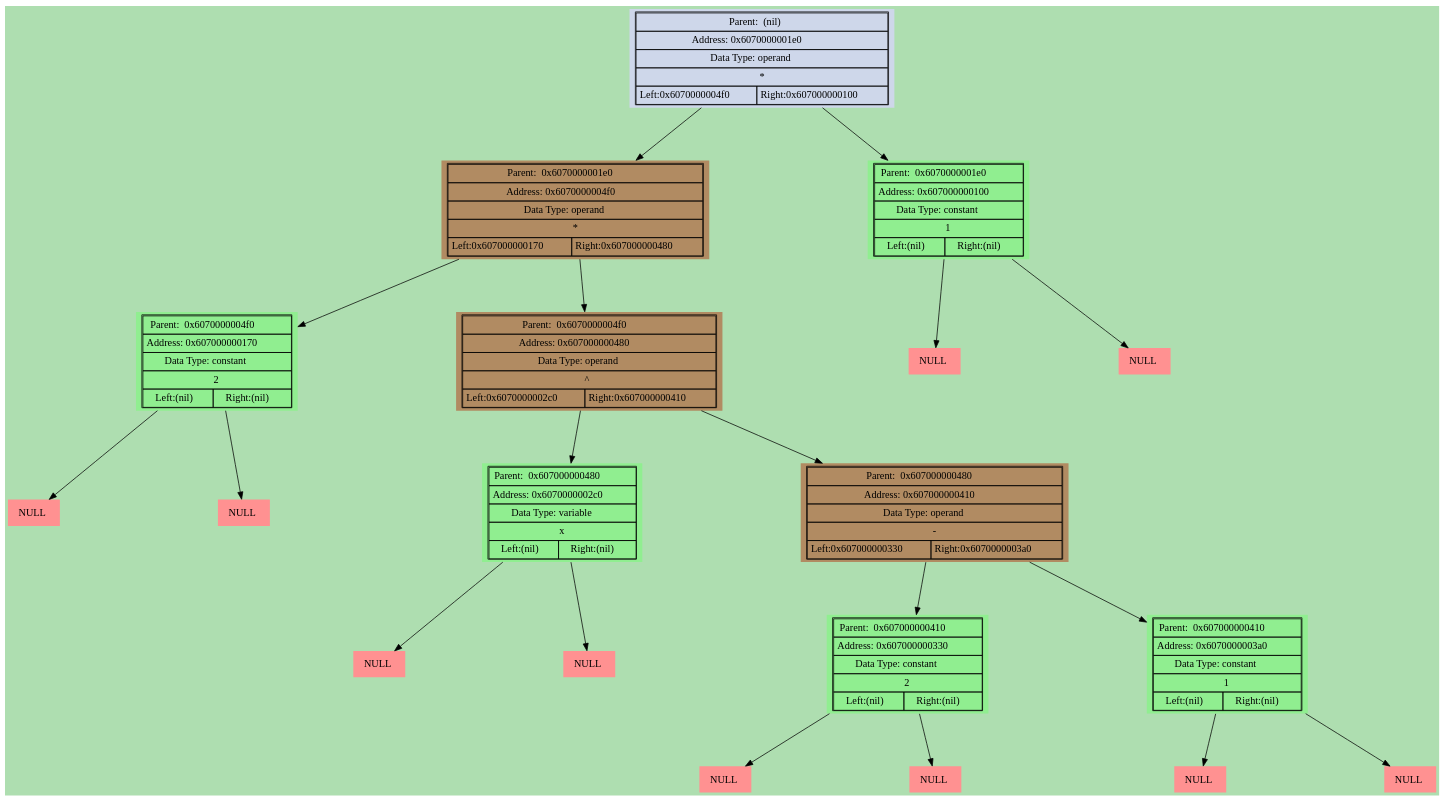
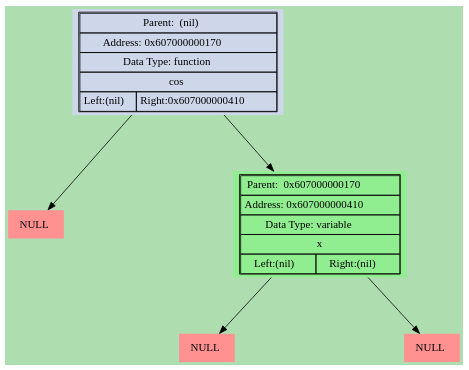
The diagram in dumps/graphic_dump.dot (bgclutch/differentiator_ded), drawn with Graphviz before and after one commit. The commit also changed 11 other files, not shown here.

```diff
--- a/dumps/graphic_dump.dot
+++ b/dumps/graphic_dump.dot
@@ -1,142 +1,44 @@
 digraph LIST{
 harset = "UTF-8";
 node [shape=plaintext];
 bgcolor = "#0000aa";
 fontcolor = black;
 fontsize = 18;
 style = "italic";
 margin = 1;
 ranksep = 1;
 nodesep = 3;
 bgcolor = "#aedeb0";
-"0x6070000004f0" [style = "filled", fillcolor = "#b18b62",label=<
-<table border="1" cellspacing="0" cellpadding="4">
-<tr><td colspan="2">Parent:  0x6070000001e0</td></tr>
-<tr><td colspan="2">Address: 0x6070000004f0</td></tr>
-<tr><td colspan="2">Data Type: operand</td></tr>
-<tr><td colspan="2">*</td></tr>
-<tr><td align = "center" >Left:0x607000000170</td><td align = "center" >Right:0x607000000480</td></tr></table>>];
-
-"0x6070000001e0" -> "0x6070000004f0";
-"0x607000000170" [style = "filled", fillcolor = "lightgreen",label=<
-<table border="1" cellspacing="0" cellpadding="4">
-<tr><td colspan="2">Parent:  0x6070000004f0</td></tr>
-<tr><td colspan="2">Address: 0x607000000170</td></tr>
-<tr><td colspan="2">Data Type: constant</td></tr>
-<tr><td colspan="2">2</td></tr>
-<tr><td align = "center" >Left:(nil)</td><td align = "center" >Right:(nil)</td></tr></table>>];
-
-"0x6070000004f0" -> "0x607000000170";
-"0x607000000170" -> "0x6070000001a8";
 "0x6070000001a8" [style = "filled", fillcolor = "#ff9191", label=<
 <table border = "0" cellspacing="2" cellpadding="4">
 <tr><td>NULL</td></tr></table>>];
 
-"0x607000000170" -> "0x6070000001b0";
-"0x6070000001b0" [style = "filled", fillcolor = "#ff9191", label=<
-<table border = "0" cellspacing="2" cellpadding="4">
-<tr><td>NULL</td></tr></table>>];
-
-"0x607000000480" [style = "filled", fillcolor = "#b18b62",label=<
+"0x607000000170" -> "0x6070000001a8";
+"0x607000000410" [style = "filled", fillcolor = "lightgreen",label=<
 <table border="1" cellspacing="0" cellpadding="4">
-<tr><td colspan="2">Parent:  0x6070000004f0</td></tr>
-<tr><td colspan="2">Address: 0x607000000480</td></tr>
-<tr><td colspan="2">Data Type: operand</td></tr>
-<tr><td colspan="2">^</td></tr>
-<tr><td align = "center" >Left:0x6070000002c0</td><td align = "center" >Right:0x607000000410</td></tr></table>>];
-
-"0x6070000004f0" -> "0x607000000480";
-"0x6070000002c0" [style = "filled", fillcolor = "lightgreen",label=<
-<table border="1" cellspacing="0" cellpadding="4">
-<tr><td colspan="2">Parent:  0x607000000480</td></tr>
-<tr><td colspan="2">Address: 0x6070000002c0</td></tr>
+<tr><td colspan="2">Parent:  0x607000000170</td></tr>
+<tr><td colspan="2">Address: 0x607000000410</td></tr>
 <tr><td colspan="2">Data Type: variable</td></tr>
 <tr><td colspan="2">x</td></tr>
 <tr><td align = "center" >Left:(nil)</td><td align = "center" >Right:(nil)</td></tr></table>>];
 
-"0x607000000480" -> "0x6070000002c0";
-"0x6070000002c0" -> "0x6070000002f8";
-"0x6070000002f8" [style = "filled", fillcolor = "#ff9191", label=<
+"0x607000000170" -> "0x607000000410";
+"0x607000000410" -> "0x607000000448";
+"0x607000000448" [style = "filled", fillcolor = "#ff9191", label=<
 <table border = "0" cellspacing="2" cellpadding="4">
 <tr><td>NULL</td></tr></table>>];
 
-"0x6070000002c0" -> "0x607000000300";
-"0x607000000300" [style = "filled", fillcolor = "#ff9191", label=<
+"0x607000000410" -> "0x607000000450";
+"0x607000000450" [style = "filled", fillcolor = "#ff9191", label=<
 <table border = "0" cellspacing="2" cellpadding="4">
 <tr><td>NULL</td></tr></table>>];
 
-"0x607000000410" [style = "filled", fillcolor = "#b18b62",label=<
-<table border="1" cellspacing="0" cellpadding="4">
-<tr><td colspan="2">Parent:  0x607000000480</td></tr>
-<tr><td colspan="2">Address: 0x607000000410</td></tr>
-<tr><td colspan="2">Data Type: operand</td></tr>
-<tr><td colspan="2">-</td></tr>
-<tr><td align = "center" >Left:0x607000000330</td><td align = "center" >Right:0x6070000003a0</td></tr></table>>];
-
-"0x607000000480" -> "0x607000000410";
-"0x607000000330" [style = "filled", fillcolor = "lightgreen",label=<
-<table border="1" cellspacing="0" cellpadding="4">
-<tr><td colspan="2">Parent:  0x607000000410</td></tr>
-<tr><td colspan="2">Address: 0x607000000330</td></tr>
-<tr><td colspan="2">Data Type: constant</td></tr>
-<tr><td colspan="2">2</td></tr>
-<tr><td align = "center" >Left:(nil)</td><td align = "center" >Right:(nil)</td></tr></table>>];
-
-"0x607000000410" -> "0x607000000330";
-"0x607000000330" -> "0x607000000368";
-"0x607000000368" [style = "filled", fillcolor = "#ff9191", label=<
-<table border = "0" cellspacing="2" cellpadding="4">
-<tr><td>NULL</td></tr></table>>];
-
-"0x607000000330" -> "0x607000000370";
-"0x607000000370" [style = "filled", fillcolor = "#ff9191", label=<
-<table border = "0" cellspacing="2" cellpadding="4">
-<tr><td>NULL</td></tr></table>>];
-
-"0x6070000003a0" [style = "filled", fillcolor = "lightgreen",label=<
-<table border="1" cellspacing="0" cellpadding="4">
-<tr><td colspan="2">Parent:  0x607000000410</td></tr>
-<tr><td colspan="2">Address: 0x6070000003a0</td></tr>
-<tr><td colspan="2">Data Type: constant</td></tr>
-<tr><td colspan="2">1</td></tr>
-<tr><td align = "center" >Left:(nil)</td><td align = "center" >Right:(nil)</td></tr></table>>];
-
-"0x607000000410" -> "0x6070000003a0";
-"0x6070000003a0" -> "0x6070000003d8";
-"0x6070000003d8" [style = "filled", fillcolor = "#ff9191", label=<
-<table border = "0" cellspacing="2" cellpadding="4">
-<tr><td>NULL</td></tr></table>>];
-
-"0x6070000003a0" -> "0x6070000003e0";
-"0x6070000003e0" [style = "filled", fillcolor = "#ff9191", label=<
-<table border = "0" cellspacing="2" cellpadding="4">
-<tr><td>NULL</td></tr></table>>];
-
-"0x607000000100" [style = "filled", fillcolor = "lightgreen",label=<
-<table border="1" cellspacing="0" cellpadding="4">
-<tr><td colspan="2">Parent:  0x6070000001e0</td></tr>
-<tr><td colspan="2">Address: 0x607000000100</td></tr>
-<tr><td colspan="2">Data Type: constant</td></tr>
-<tr><td colspan="2">1</td></tr>
-<tr><td align = "center" >Left:(nil)</td><td align = "center" >Right:(nil)</td></tr></table>>];
-
-"0x6070000001e0" -> "0x607000000100";
-"0x607000000100" -> "0x607000000138";
-"0x607000000138" [style = "filled", fillcolor = "#ff9191", label=<
-<table border = "0" cellspacing="2" cellpadding="4">
-<tr><td>NULL</td></tr></table>>];
-
-"0x607000000100" -> "0x607000000140";
-"0x607000000140" [style = "filled", fillcolor = "#ff9191", label=<
-<table border = "0" cellspacing="2" cellpadding="4">
-<tr><td>NULL</td></tr></table>>];
-
-"0x6070000001e0" [style = "filled", fillcolor = "#ced7ea",label=<
+"0x607000000170" [style = "filled", fillcolor = "#ced7ea",label=<
 <table border="1" cellspacing="0" cellpadding="4">
 <tr><td colspan="2">Parent:  (nil)</td></tr>
-<tr><td colspan="2">Address: 0x6070000001e0</td></tr>
-<tr><td colspan="2">Data Type: operand</td></tr>
-<tr><td colspan="2">*</td></tr>
-<tr><td align = "center" >Left:0x6070000004f0</td><td align = "center" >Right:0x607000000100</td></tr></table>>];
+<tr><td colspan="2">Address: 0x607000000170</td></tr>
+<tr><td colspan="2">Data Type: function</td></tr>
+<tr><td colspan="2">cos</td></tr>
+<tr><td align = "center" >Left:(nil)</td><td align = "center" >Right:0x607000000410</td></tr></table>>];
 
 }
```
